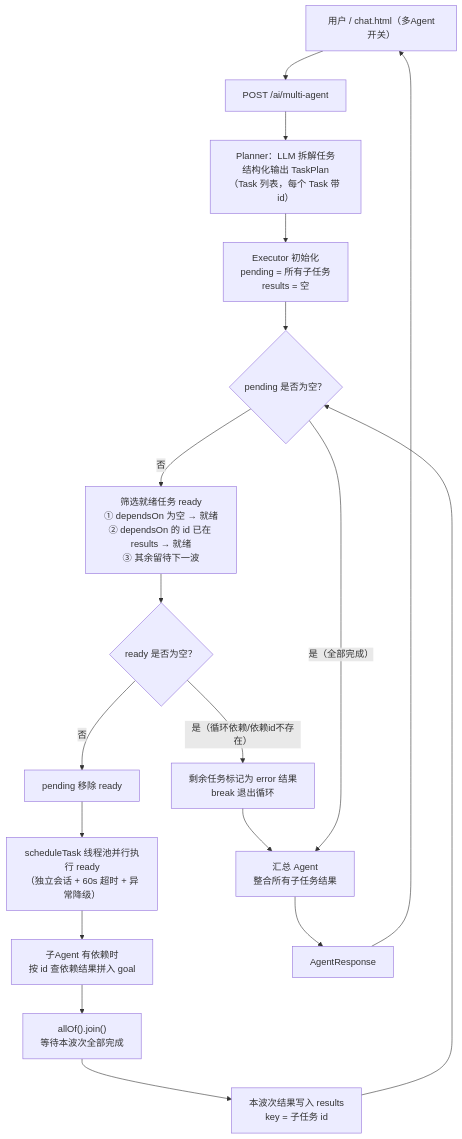
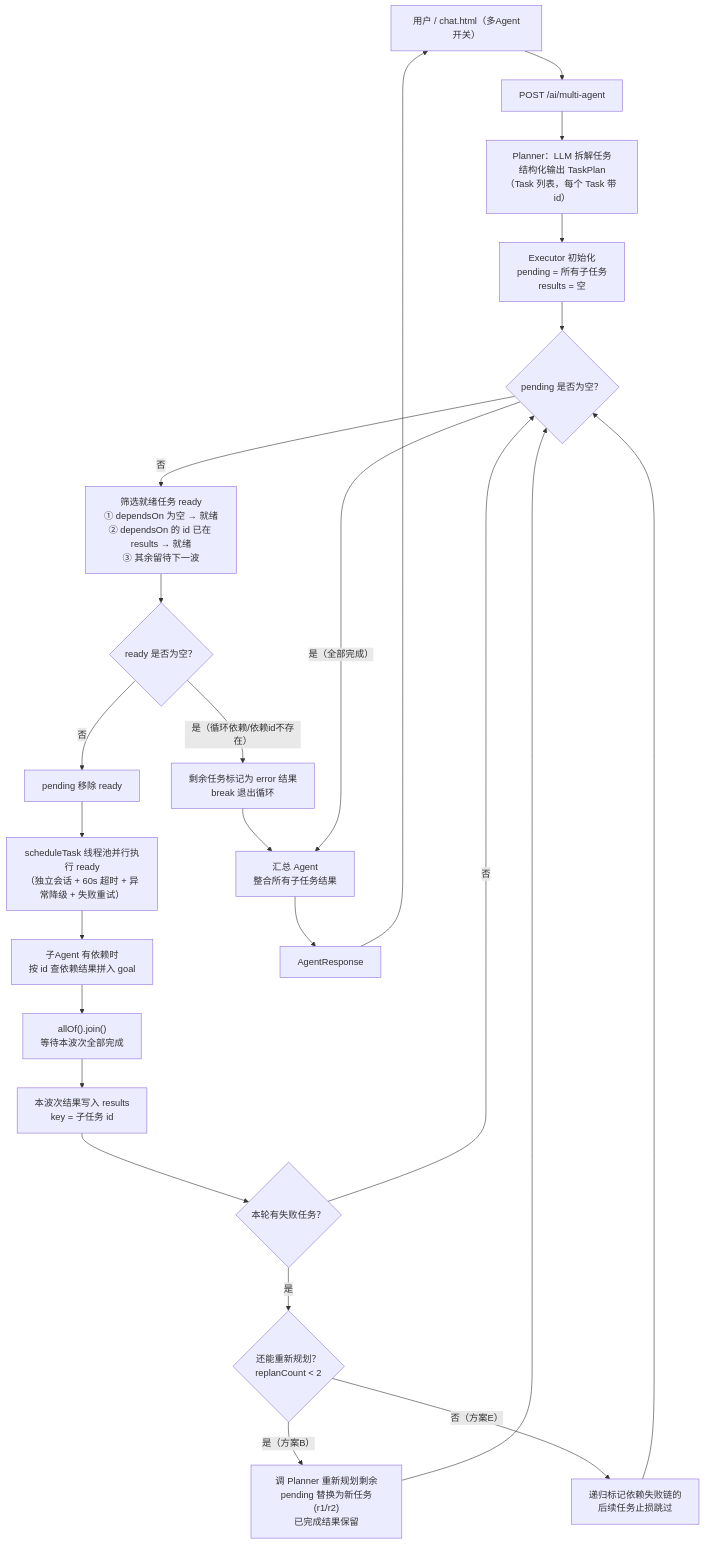
One commit to hdwang123/sagent changed the second of 2 diagrams in README.md. Above: the diagram before and after it, drawn with Mermaid. The commit also changed other lines of this file, not shown here.

Commit message:
docs: README多Agent附录同步失败纠偏（重试/重新规划/止损）
- mermaid流程图加入纠偏决策分支（方案A重试/B重新规划/E止损）
- 要点补充失败纠偏递进式说明
- 功能特性一行补失败纠偏摘要

````diff
--- a/README.md
+++ b/README.md
@@ -452,22 +452,28 @@
 ```mermaid
 flowchart TD
     U2["用户 / chat.html（多Agent开关）"] --> P["POST /ai/multi-agent"]
     P --> PL["Planner：LLM 拆解任务<br/>结构化输出 TaskPlan（Task 列表，每个 Task 带 id）"]
     PL --> INIT["Executor 初始化<br/>pending = 所有子任务<br/>results = 空"]
 
     INIT --> WHILE{"pending 是否为空？"}
     WHILE -- "否" --> FILTER["筛选就绪任务 ready<br/>① dependsOn 为空 → 就绪<br/>② dependsOn 的 id 已在 results → 就绪<br/>③ 其余留待下一波"]
     FILTER --> EMPTY{"ready 是否为空？"}
     EMPTY -- "是（循环依赖/依赖id不存在）" --> FAIL["剩余任务标记为 error 结果<br/>break 退出循环"]
     EMPTY -- "否" --> REMOVE["pending 移除 ready"]
-    REMOVE --> RUN["scheduleTask 线程池并行执行 ready<br/>（独立会话 + 60s 超时 + 异常降级）"]
+    REMOVE --> RUN["scheduleTask 线程池并行执行 ready<br/>（独立会话 + 60s 超时 + 异常降级 + 失败重试）"]
     RUN --> INJECT["子Agent 有依赖时<br/>按 id 查依赖结果拼入 goal"]
     INJECT --> JOIN["allOf().join()<br/>等待本波次全部完成"]
     JOIN --> STORE["本波次结果写入 results<br/>key = 子任务 id"]
-    STORE --> WHILE
+    STORE --> CHECK{"本轮有失败任务？"}
+    CHECK -- "否" --> WHILE
+    CHECK -- "是" --> REPLAN{"还能重新规划？<br/>replanCount < 2"}
+    REPLAN -- "是（方案B）" --> DOREPLAN["调 Planner 重新规划剩余<br/>pending 替换为新任务(r1/r2)<br/>已完成结果保留"]
+    DOREPLAN --> WHILE
+    REPLAN -- "否（方案E）" --> STOPLOSS["递归标记依赖失败链的<br/>后续任务止损跳过"]
+    STOPLOSS --> WHILE
     FAIL --> AGG
 
     WHILE -- "是（全部完成）" --> AGG["汇总 Agent<br/>整合所有子任务结果"]
     AGG --> RESP["AgentResponse"]
     RESP --> U2
 ```
````
